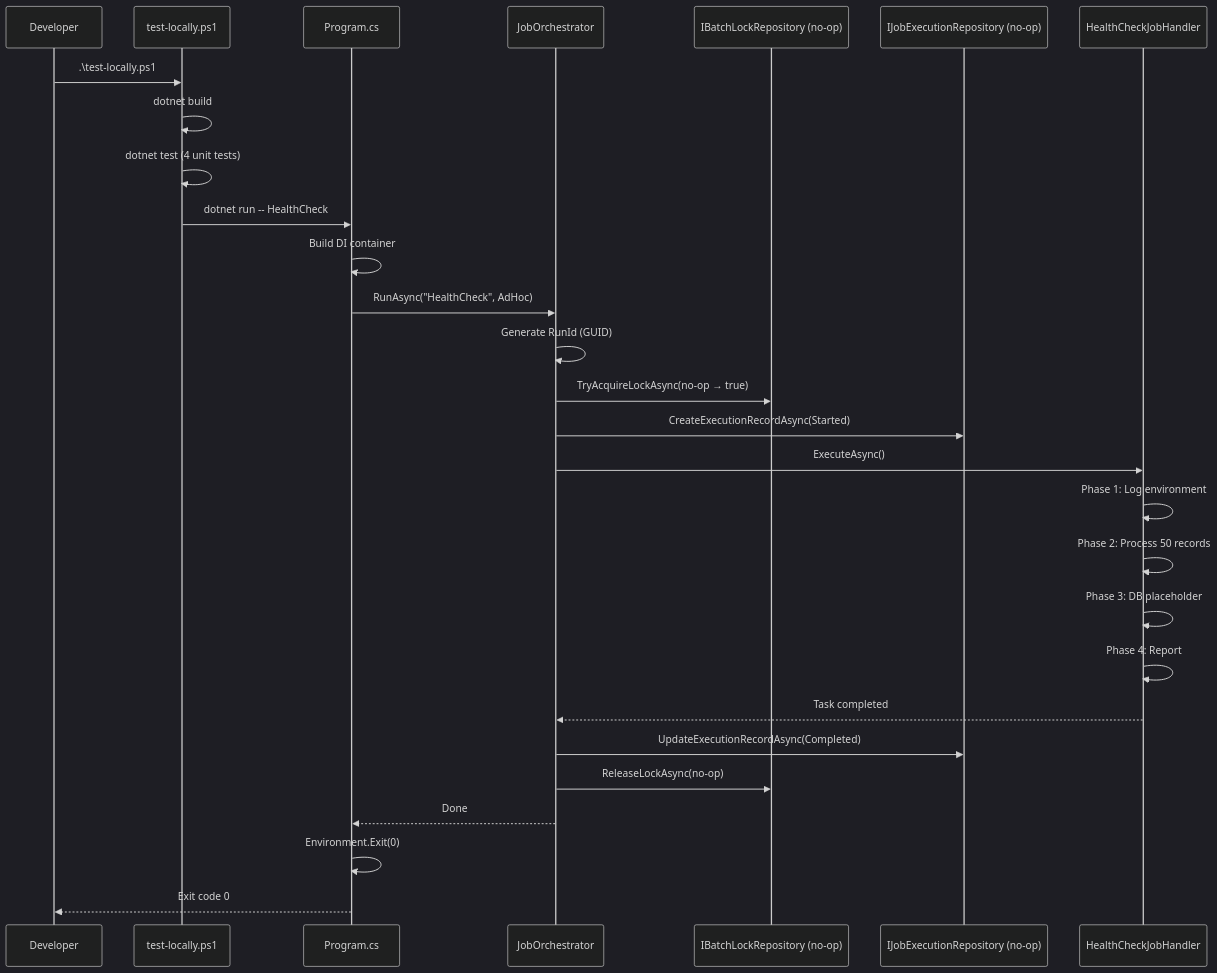
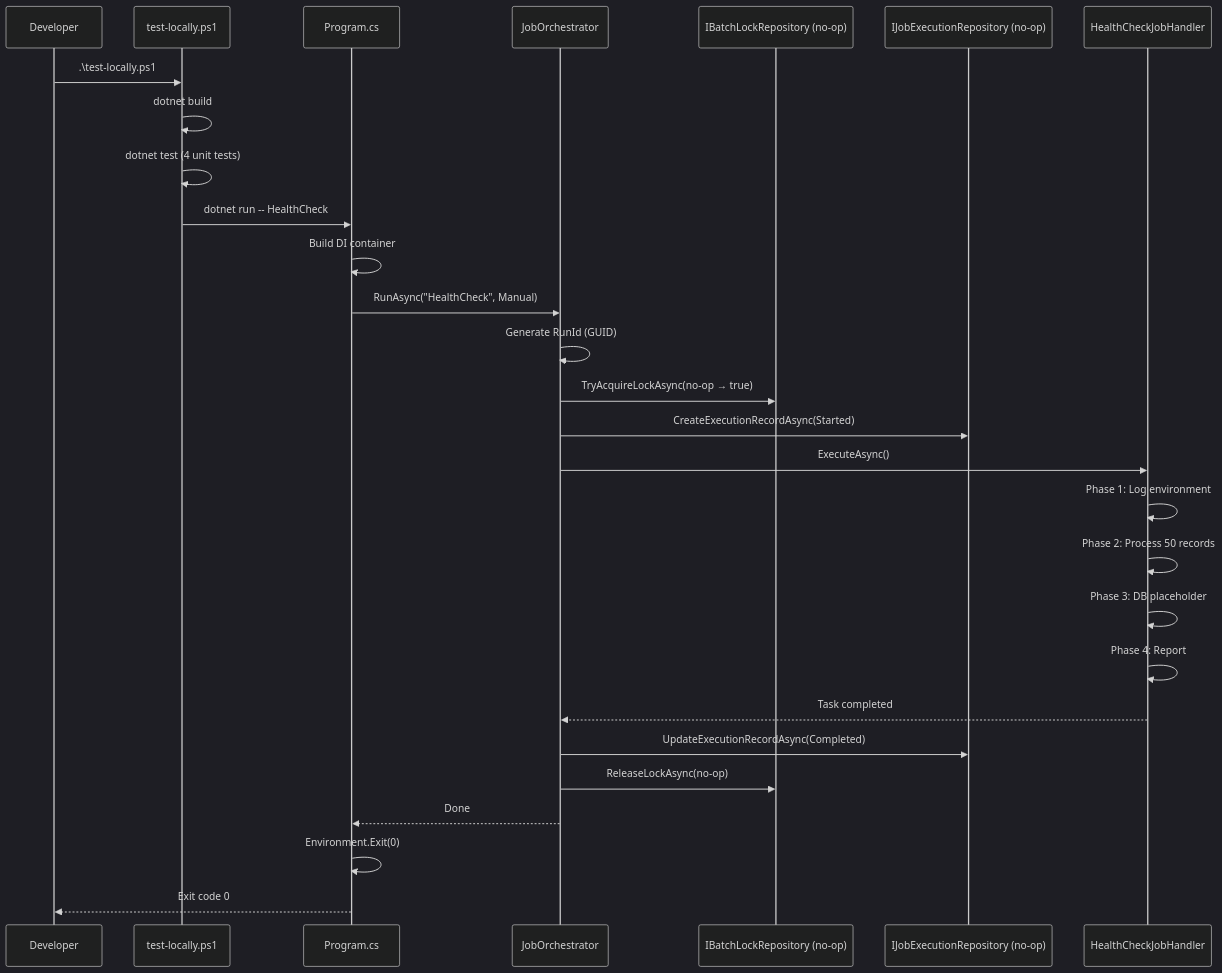
Before and after one commit to DEFRA/apha-fps-apps: the first of 2 diagrams in src/Apha.BatchJobs/docs/EXECUTION-FLOW-AND-AWS-TRANSITION.md, drawn with Mermaid (dark theme). The commit also changed other lines of this file and 9 other files, not shown here.

First line of the commit message:
refactor: Rename RunMode.AdHoc to RunMode.Manual for clarity

````diff
--- a/src/Apha.BatchJobs/docs/EXECUTION-FLOW-AND-AWS-TRANSITION.md
+++ b/src/Apha.BatchJobs/docs/EXECUTION-FLOW-AND-AWS-TRANSITION.md
@@ -198,31 +198,31 @@
 ```mermaid
 sequenceDiagram
     participant Dev as Developer
     participant Script as test-locally.ps1
     participant App as Program.cs
     participant Orch as JobOrchestrator
     participant Lock as IBatchLockRepository (no-op)
     participant Exec as IJobExecutionRepository (no-op)
     participant Job as HealthCheckJobHandler
 
     Dev->>Script: .\test-locally.ps1
     Script->>Script: dotnet build
     Script->>Script: dotnet test (4 unit tests)
     Script->>App: dotnet run -- HealthCheck
     App->>App: Build DI container
-    App->>Orch: RunAsync("HealthCheck", AdHoc)
+    App->>Orch: RunAsync("HealthCheck", Manual)
     Orch->>Orch: Generate RunId (GUID)
     Orch->>Lock: TryAcquireLockAsync(no-op → true)
     Orch->>Exec: CreateExecutionRecordAsync(Started)
     Orch->>Job: ExecuteAsync()
     Job->>Job: Phase 1: Log environment
     Job->>Job: Phase 2: Process 50 records
     Job->>Job: Phase 3: DB placeholder
     Job->>Job: Phase 4: Report
     Job-->>Orch: Task completed
     Orch->>Exec: UpdateExecutionRecordAsync(Completed)
     Orch->>Lock: ReleaseLockAsync(no-op)
     Orch-->>App: Done
     App->>App: Environment.Exit(0)
     App-->>Dev: Exit code 0
 ```
````
